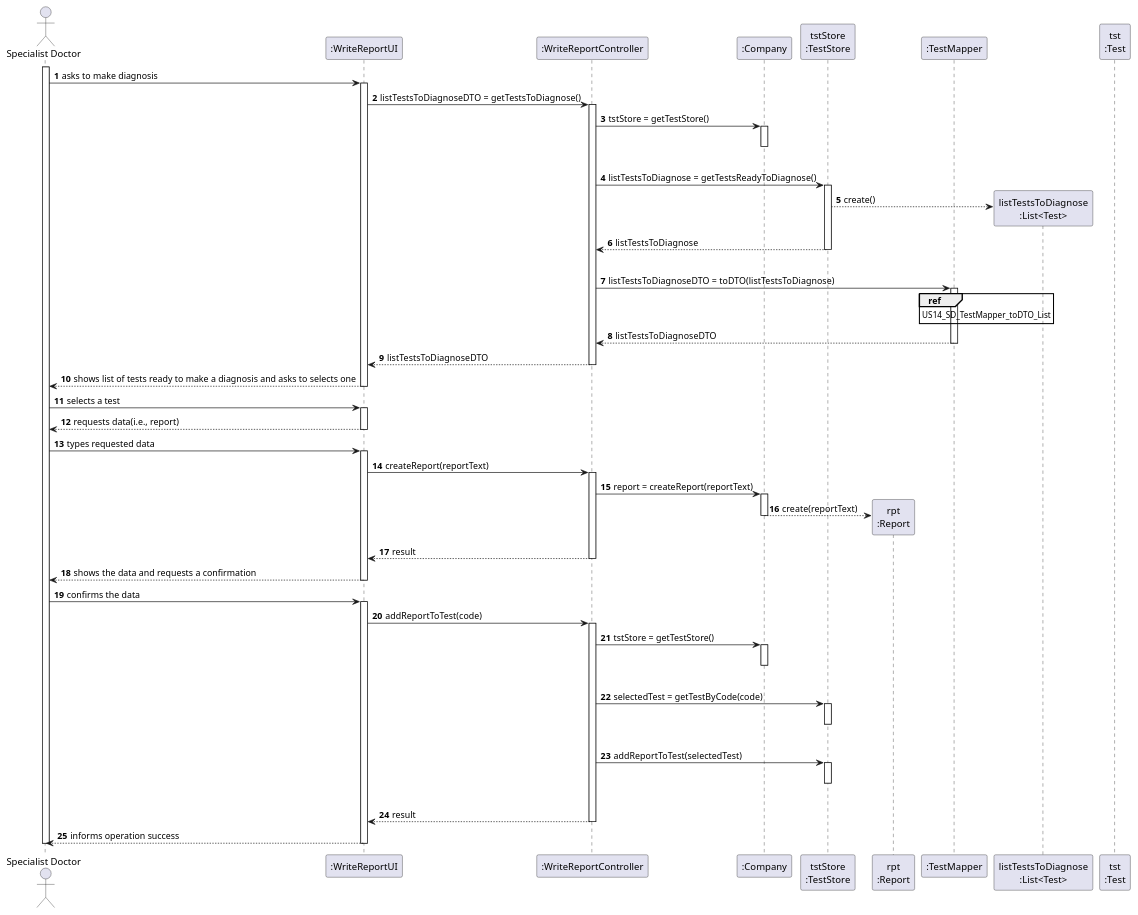
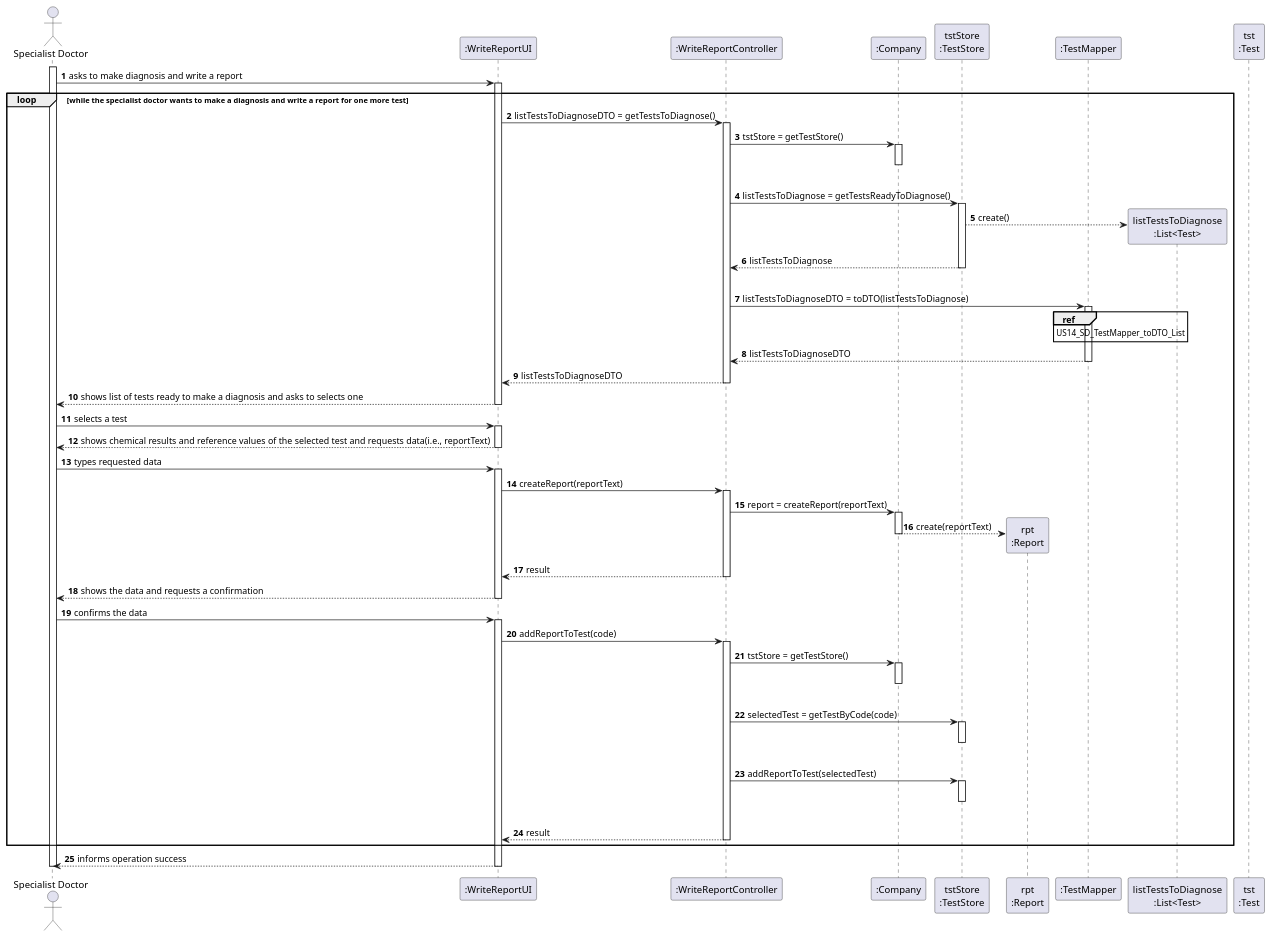
Before and after one commit to ana-albergaria/LAPR2-ISEP: the diagram in docs/SprintC/US_14/US14_SD.puml, drawn with PlantUML. The commit also changed 4 other files, not shown here.

```diff
--- a/docs/SprintC/US_14/US14_SD.puml
+++ b/docs/SprintC/US_14/US14_SD.puml
@@ -1,104 +1,107 @@
 @startuml
 autonumber
 actor "Specialist Doctor" as SPDT
 
 participant ":WriteReportUI" as UI
 participant ":WriteReportController" as CTRL
 participant ":Company" as CMP
 participant "tstStore\n:TestStore" as TSTSTORE
 participant "rpt\n:Report" as RPT
 participant ":TestMapper" as TSTMAPPER
 'participant "objDTO\n:TestsDTO" as OBJ_DTO
 participant "listTestsToDiagnose\n:List<Test>" as LT
 'participant "listTestsToDiagnoseDTO\n:List<TestDTO>" as LIST_DTO
 participant "tst\n:Test" as TST
 
 activate SPDT
-SPDT -> UI : asks to make diagnosis
+SPDT -> UI : asks to make diagnosis and write a report
 activate UI
+loop while the specialist doctor wants to make a diagnosis and write a report for one more test
 UI -> CTRL : listTestsToDiagnoseDTO = getTestsToDiagnose()
 activate CTRL
 
 CTRL -> CMP : tstStore = getTestStore()
 activate CMP
 |||
 deactivate CMP
 
 CTRL -> TSTSTORE : listTestsToDiagnose = getTestsReadyToDiagnose()
 activate TSTSTORE
 
 TSTSTORE --> LT** : create()
 TSTSTORE --> CTRL : listTestsToDiagnose
 deactivate TSTSTORE
 |||
 
 CTRL -> TSTMAPPER : listTestsToDiagnoseDTO = toDTO(listTestsToDiagnose)
 activate TSTMAPPER
 
 ref over TSTMAPPER : US14_SD_TestMapper_toDTO_List
 
 TSTMAPPER --> CTRL : listTestsToDiagnoseDTO
 deactivate TSTMAPPER
 
 CTRL --> UI : listTestsToDiagnoseDTO
 deactivate CTRL
 
 UI --> SPDT : shows list of tests ready to make a diagnosis and asks to selects one
 deactivate UI
 
 'spdt writes the test code in the UI
 'it uses the test code when adding the report
 
 SPDT -> UI : selects a test
 activate UI
 
-UI --> SPDT : requests data(i.e., report)
+UI --> SPDT : shows chemical results and reference values of the selected test and requests data(i.e., reportText)
 deactivate UI
 
 SPDT -> UI : types requested data
 activate UI
 
 UI -> CTRL : createReport(reportText)
 activate CTRL
 
 CTRL -> CMP : report = createReport(reportText)
 activate CMP
 
 CMP --> RPT** : create(reportText)
 deactivate CMP
 
 CTRL --> UI : result
 deactivate CTRL
 UI --> SPDT : shows the data and requests a confirmation
 deactivate UI
 
 SPDT -> UI : confirms the data
 activate UI
 
 UI -> CTRL : addReportToTest(code)
 activate CTRL
 
 CTRL -> CMP : tstStore = getTestStore()
 activate CMP
 |||
 deactivate CMP
 
 CTRL -> TSTSTORE : selectedTest = getTestByCode(code)
 activate TSTSTORE
 |||
 deactivate TSTSTORE
 
 CTRL -> TSTSTORE : addReportToTest(selectedTest)
 activate TSTSTORE
 |||
 deactivate TSTSTORE
 
 CTRL --> UI : result
 deactivate CMP
 deactivate CTRL
 
+end
+
 UI --> SPDT : informs operation success
 deactivate UI
 deactivate SPDT
 
 @enduml
```
